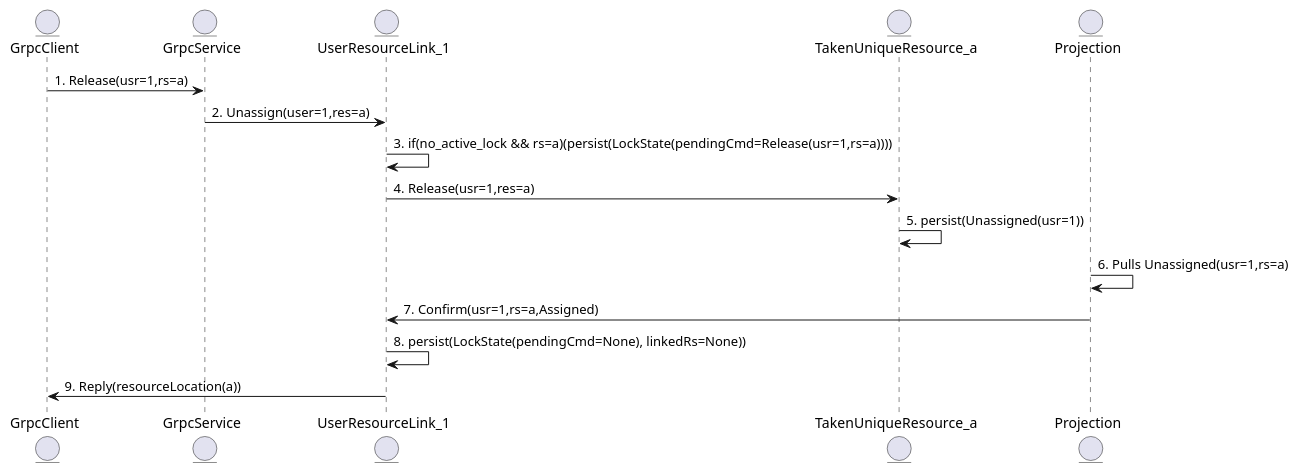
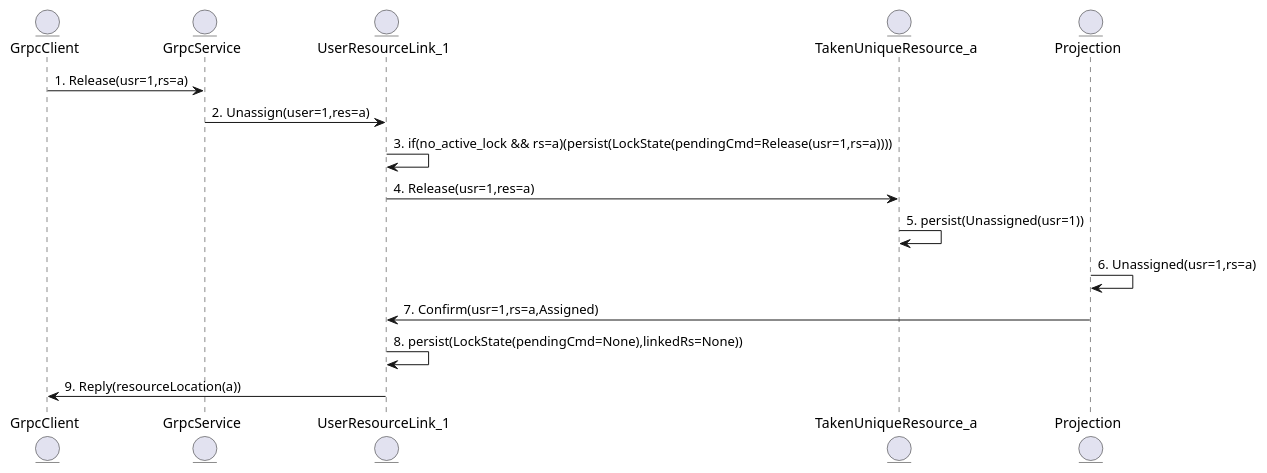
The second of 3 diagrams in diagrams.md (haghard/unique-resource-management), drawn with PlantUML before and after one commit. The commit also changed other lines of this file, not shown here.

````diff
--- a/diagrams.md
+++ b/diagrams.md
@@ -39,25 +39,25 @@
 ```plantuml
 @startuml
 
 entity GrpcClient
 
 entity GrpcService
 
 entity UserResourceLink_1
 
 entity TakenUniqueResource_a
 
 entity Projection
 
 GrpcClient -> GrpcService:1. Release(usr=1,rs=a)
 GrpcService -> UserResourceLink_1:2. Unassign(user=1,res=a)
 UserResourceLink_1 -> UserResourceLink_1:3. if(no_active_lock && rs=a)(persist(LockState(pendingCmd=Release(usr=1,rs=a)))) 
 UserResourceLink_1 -> TakenUniqueResource_a:4. Release(usr=1,res=a)
 TakenUniqueResource_a -> TakenUniqueResource_a:5. persist(Unassigned(usr=1))  
-Projection -> Projection:6. Pulls Unassigned(usr=1,rs=a)
+Projection -> Projection:6. Unassigned(usr=1,rs=a)
 Projection -> UserResourceLink_1:7. Confirm(usr=1,rs=a,Assigned)
-UserResourceLink_1 -> UserResourceLink_1:8. persist(LockState(pendingCmd=None), linkedRs=None))
+UserResourceLink_1 -> UserResourceLink_1:8. persist(LockState(pendingCmd=None),linkedRs=None))
 UserResourceLink_1 -> GrpcClient:9. Reply(resourceLocation(a))  
 
 @enduml
 ```
````
